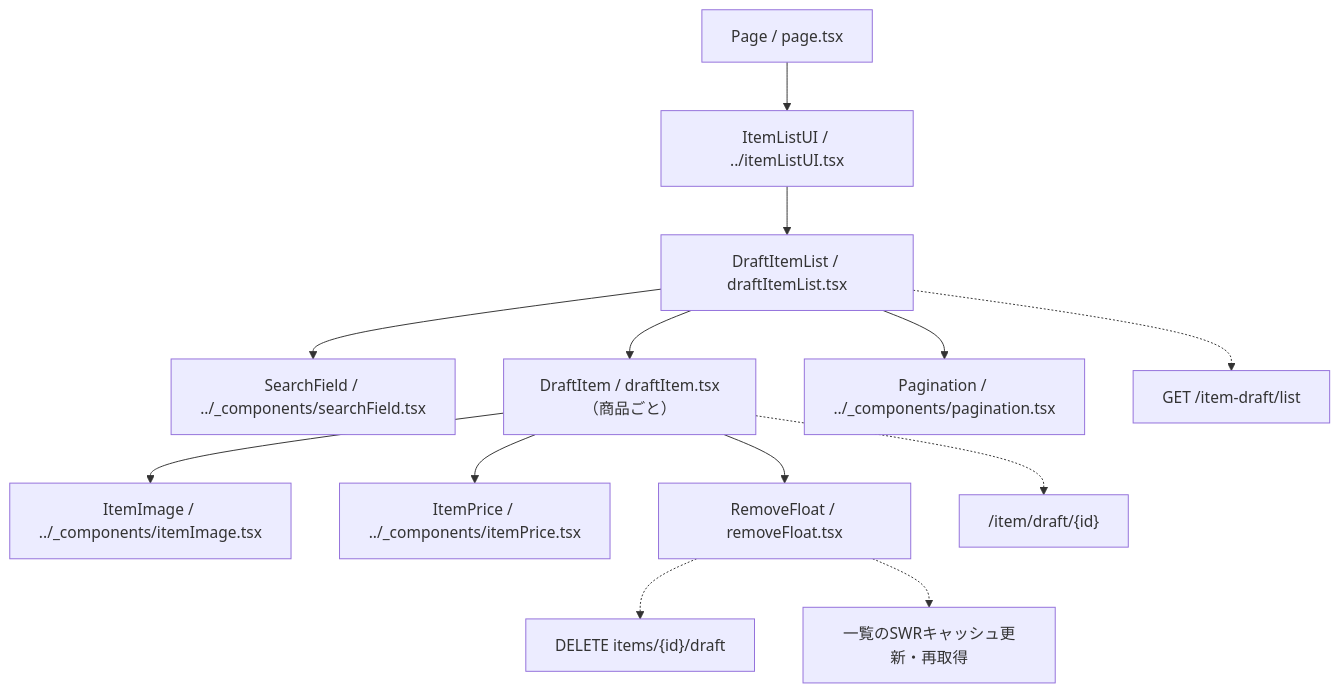
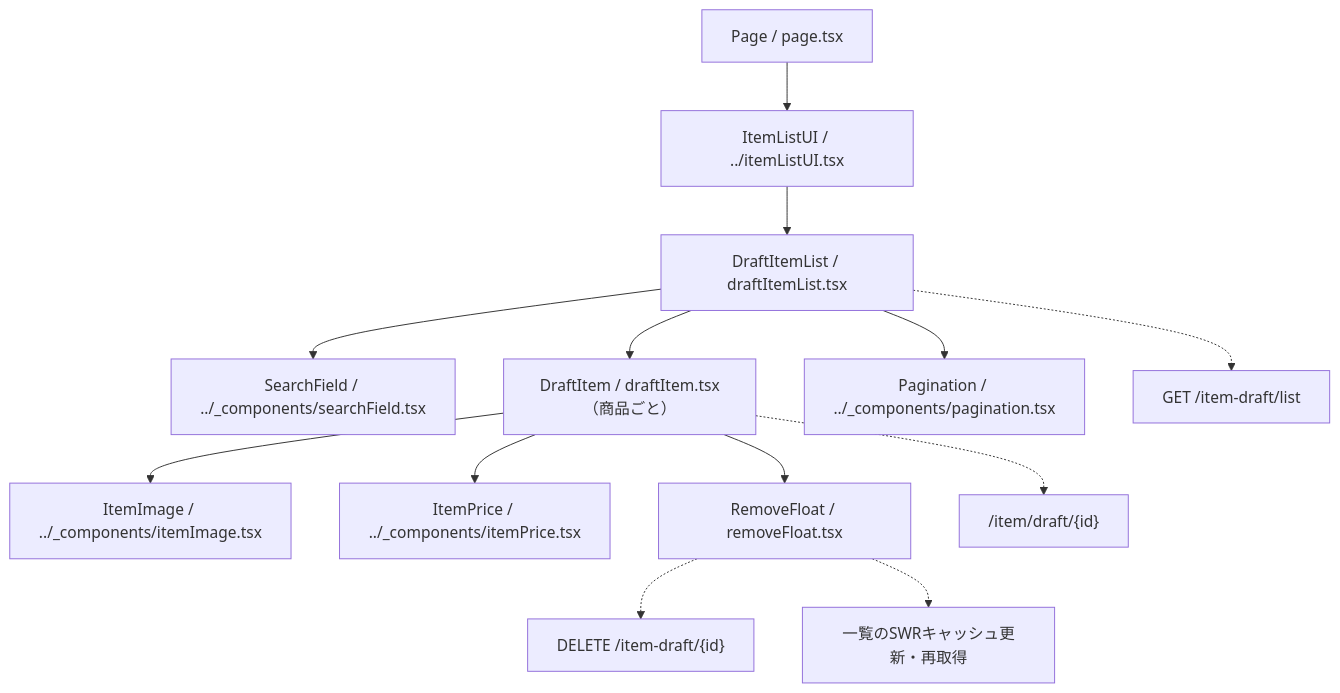
The diagram in client/src/app/item-list/draft/AGENTS.md (rednull-racing/web-project1), drawn with Mermaid before and after one commit. The commit also changed other lines of this file and 12 other files, not shown here.

````diff
--- a/client/src/app/item-list/draft/AGENTS.md
+++ b/client/src/app/item-list/draft/AGENTS.md
@@ -14,15 +14,15 @@
 ```mermaid
 flowchart TD
     Page["Page / page.tsx"] --> UI["ItemListUI / ../itemListUI.tsx"]
     UI --> List["DraftItemList / draftItemList.tsx"]
     List --> Search["SearchField / ../_components/searchField.tsx"]
     List --> Item["DraftItem / draftItem.tsx（商品ごと）"]
     List --> Pagination["Pagination / ../_components/pagination.tsx"]
     Item --> Image["ItemImage / ../_components/itemImage.tsx"]
     Item --> Price["ItemPrice / ../_components/itemPrice.tsx"]
     Item --> Remove["RemoveFloat / removeFloat.tsx"]
     Item -.-> Edit["/item/draft/{id}"]
     List -.-> Get["GET /item-draft/list"]
-    Remove -.-> Delete["DELETE items/{id}/draft"]
+    Remove -.-> Delete["DELETE /item-draft/{id}"]
     Remove -.-> Cache["一覧のSWRキャッシュ更新・再取得"]
 ```
````
